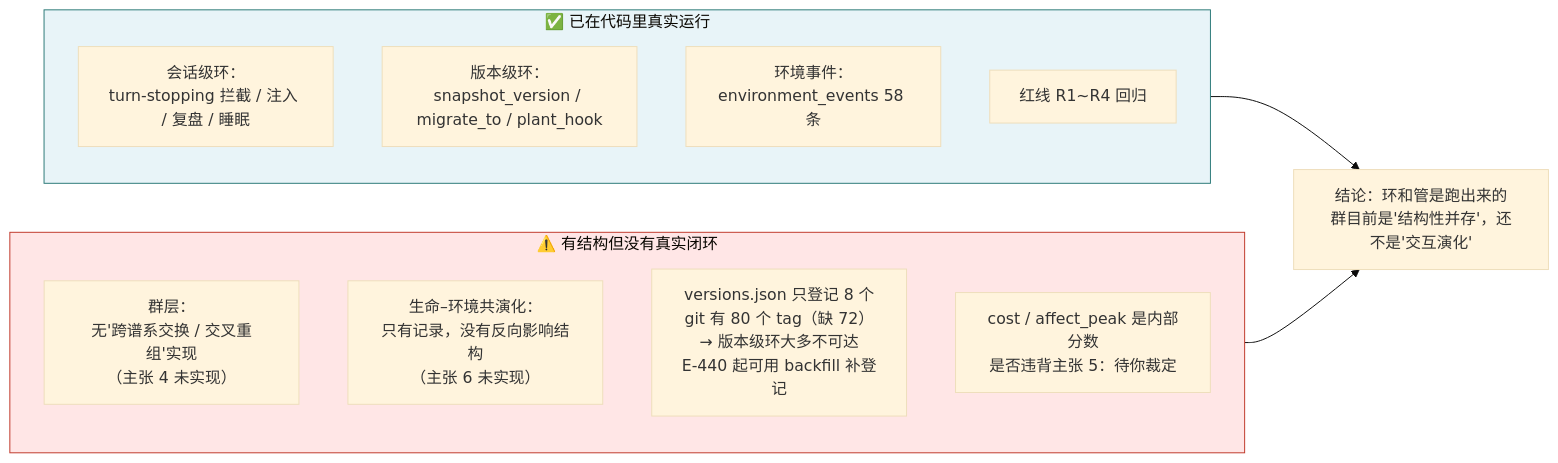
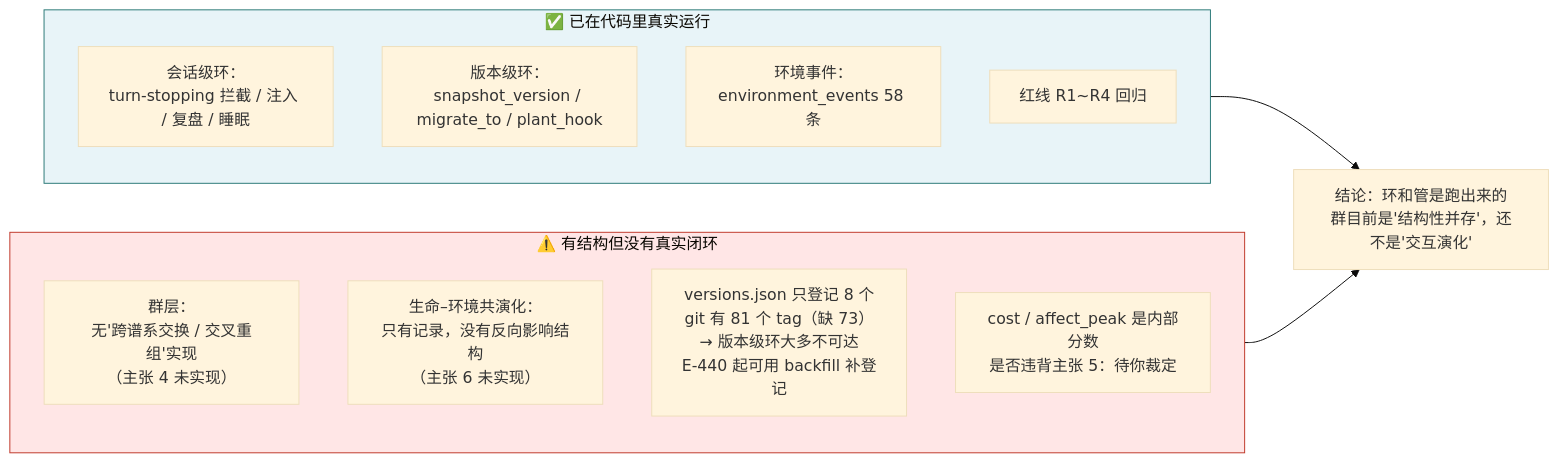
Before and after one commit to Roxy-DD/fatfish-heart: the seventh of 8 diagrams in docs/78 生命周期图-环管群.md, drawn with Mermaid (base theme). The commit also changed other lines of this file and 5 other files, not shown here.

````diff
--- a/docs/78 生命周期图-环管群.md
+++ b/docs/78 生命周期图-环管群.md
@@ -279,22 +279,22 @@
 ```mermaid
 flowchart LR
     subgraph OK["✅ 已在代码里真实运行"]
         O1["会话级环：<br/>turn-stopping 拦截 / 注入 / 复盘 / 睡眠"]
         O2["版本级环：<br/>snapshot_version / migrate_to / plant_hook"]
         O3["环境事件：<br/>environment_events 58 条"]
         O4["红线 R1~R4 回归"]
     end
 
     subgraph GAP["⚠️ 有结构但没有真实闭环"]
         P1["群层：<br/>无'跨谱系交换 / 交叉重组'实现<br/>（主张 4 未实现）"]
         P2["生命–环境共演化：<br/>只有记录，没有反向影响结构<br/>（主张 6 未实现）"]
-        P3["versions.json 只登记 8 个<br/>git 有 80 个 tag（缺 72）<br/>→ 版本级环大多不可达<br/>E-440 起可用 backfill 补登记"]
+        P3["versions.json 只登记 8 个<br/>git 有 81 个 tag（缺 73）<br/>→ 版本级环大多不可达<br/>E-440 起可用 backfill 补登记"]
         P4["cost / affect_peak 是内部分数<br/>是否违背主张 5：待你裁定"]
     end
 
     OK --> NOTE1["结论：环和管是跑出来的<br/>群目前是'结构性并存'，还不是'交互演化'"]
     GAP --> NOTE1
 
     style OK fill:#e8f4f8,stroke:#2b7a78
     style GAP fill:#ffe6e6,stroke:#c0392b
 ```
````
